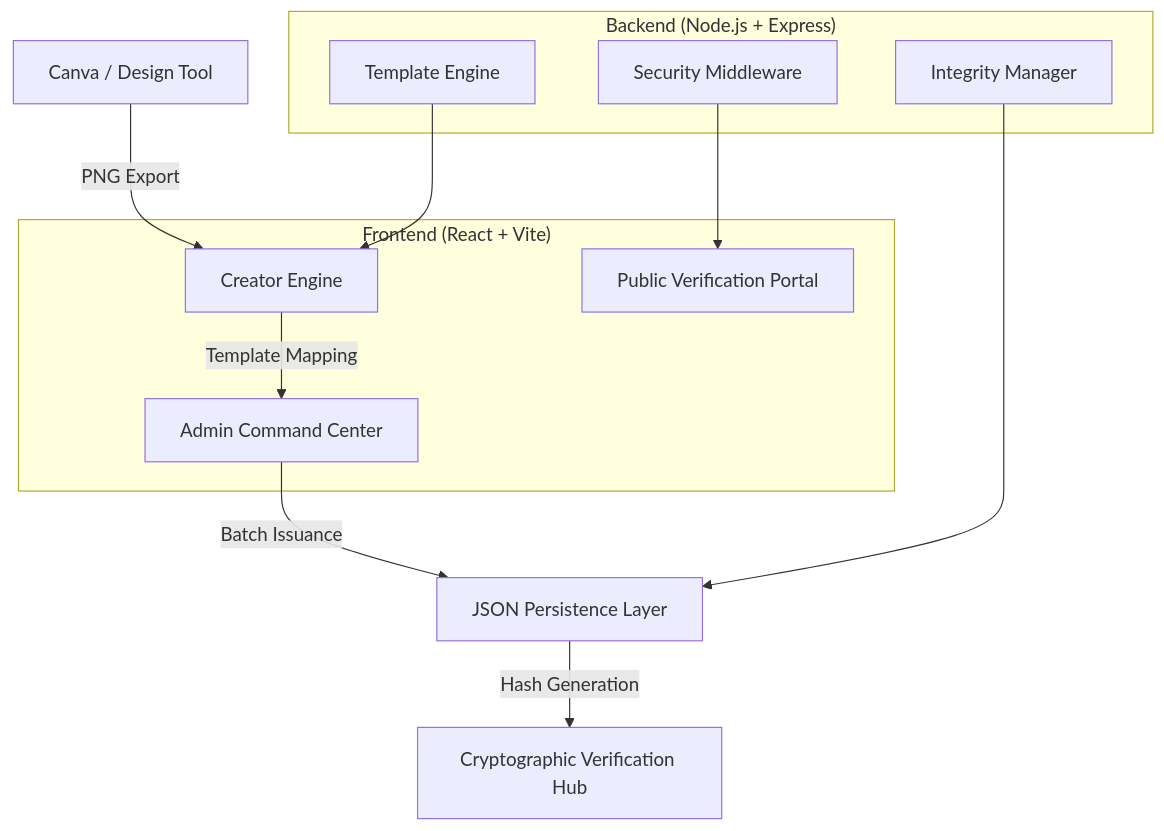
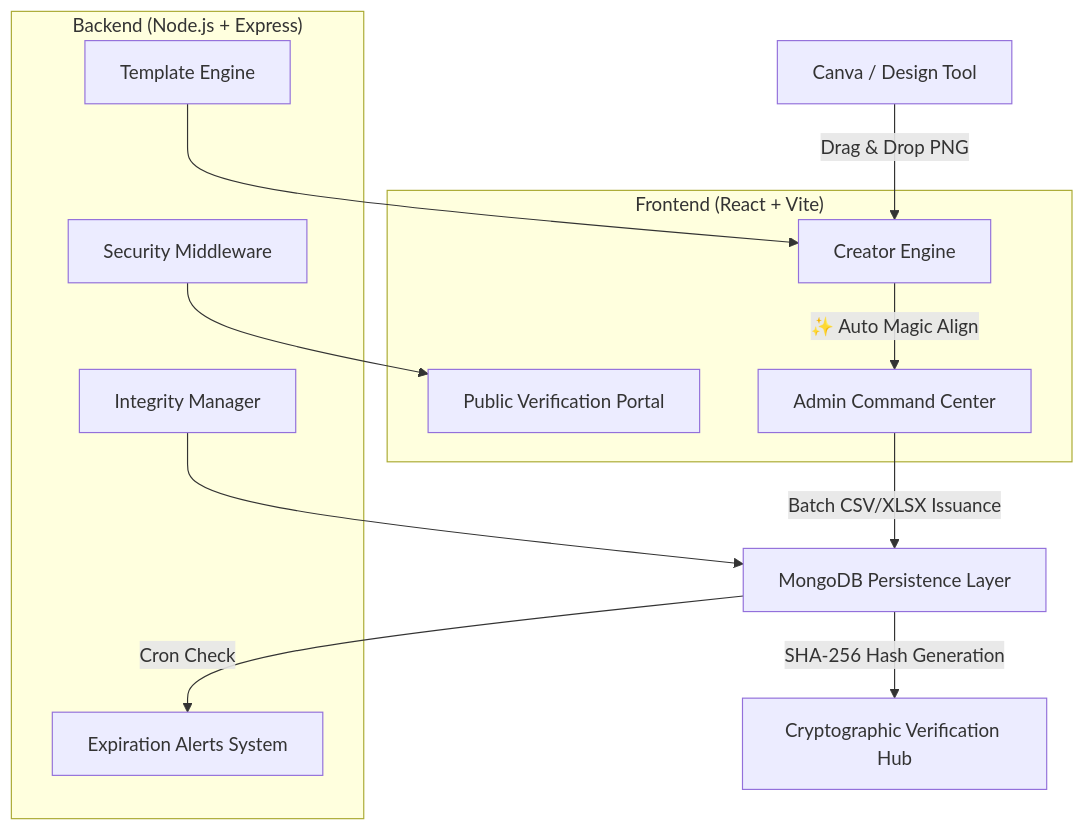
One commit to vanshjain271/AuthPulse changed the first of 2 diagrams in SYSTEM_DESIGN.md. Above: the diagram before and after it, drawn with Mermaid. The commit also changed other lines of this file, not shown here.

Commit message:
docs: modernize system design architecture to reflect MongoDB, Magic Align, Cron lifecycles, and LinkedIn integration

````diff
--- a/SYSTEM_DESIGN.md
+++ b/SYSTEM_DESIGN.md
@@ -16,23 +16,25 @@
 ```mermaid
 graph TD
-    A[Canva / Design Tool] -->|PNG Export| B[Creator Engine]
-    B -->|Template Mapping| C[Admin Command Center]
-    C -->|Batch Issuance| D[JSON Persistence Layer]
-    D -->|Hash Generation| E[Cryptographic Verification Hub]
+    A[Canva / Design Tool] -->|Drag & Drop PNG| B[Creator Engine]
+    B -->|✨ Auto Magic Align| C[Admin Command Center]
+    C -->|Batch CSV/XLSX Issuance| D[MongoDB Persistence Layer]
+    D -->|SHA-256 Hash Generation| E[Cryptographic Verification Hub]
+    D -->|Cron Check| CR[Expiration Alerts System]
     
     subgraph "Frontend (React + Vite)"
         B
         C
         F[Public Verification Portal]
     end
     
     subgraph "Backend (Node.js + Express)"
         G[Template Engine]
         H[Security Middleware]
         I[Integrity Manager]
+        CR
     end
     
     G --> B
     H --> F
     I --> D
 ```
````
